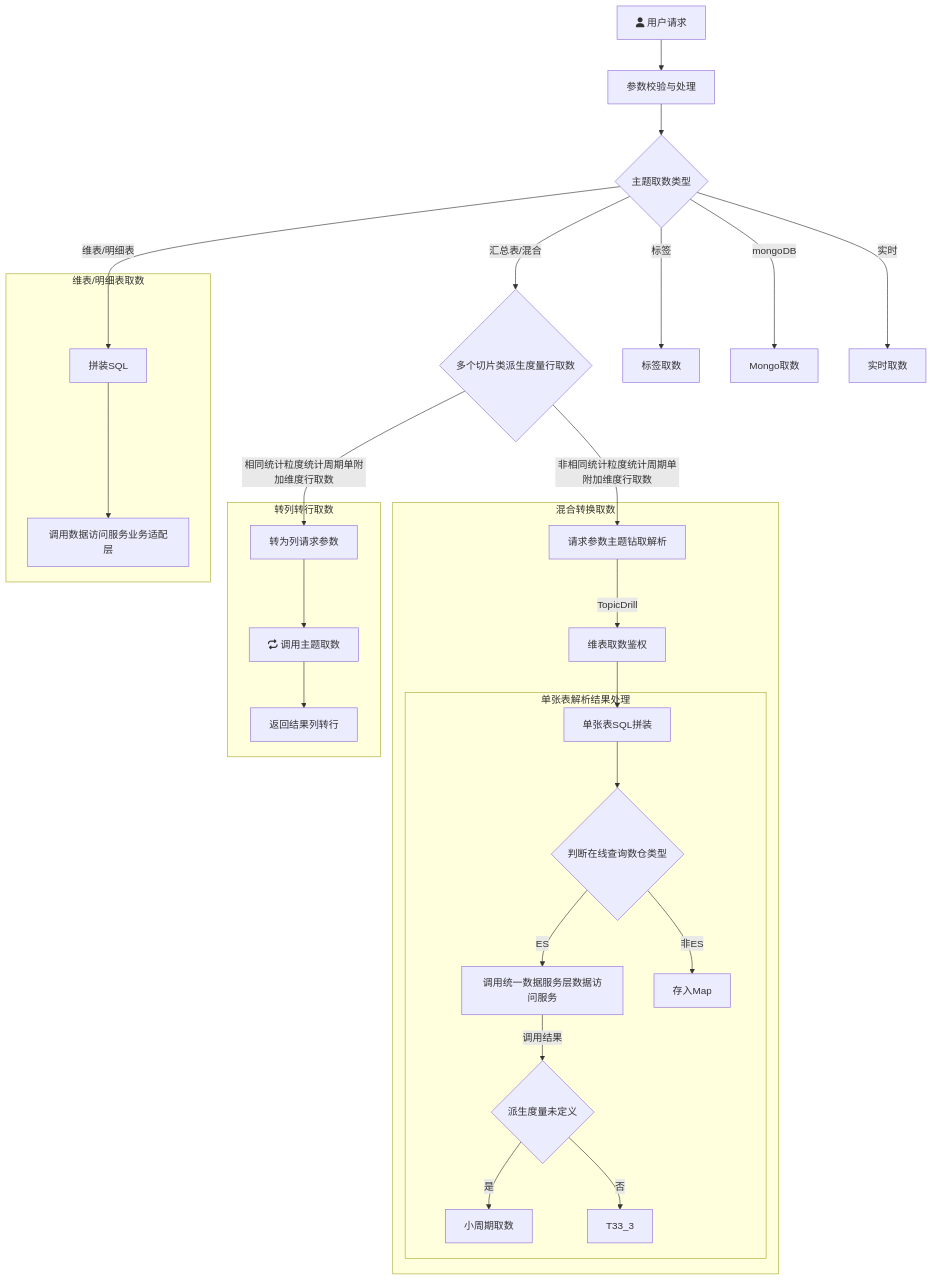
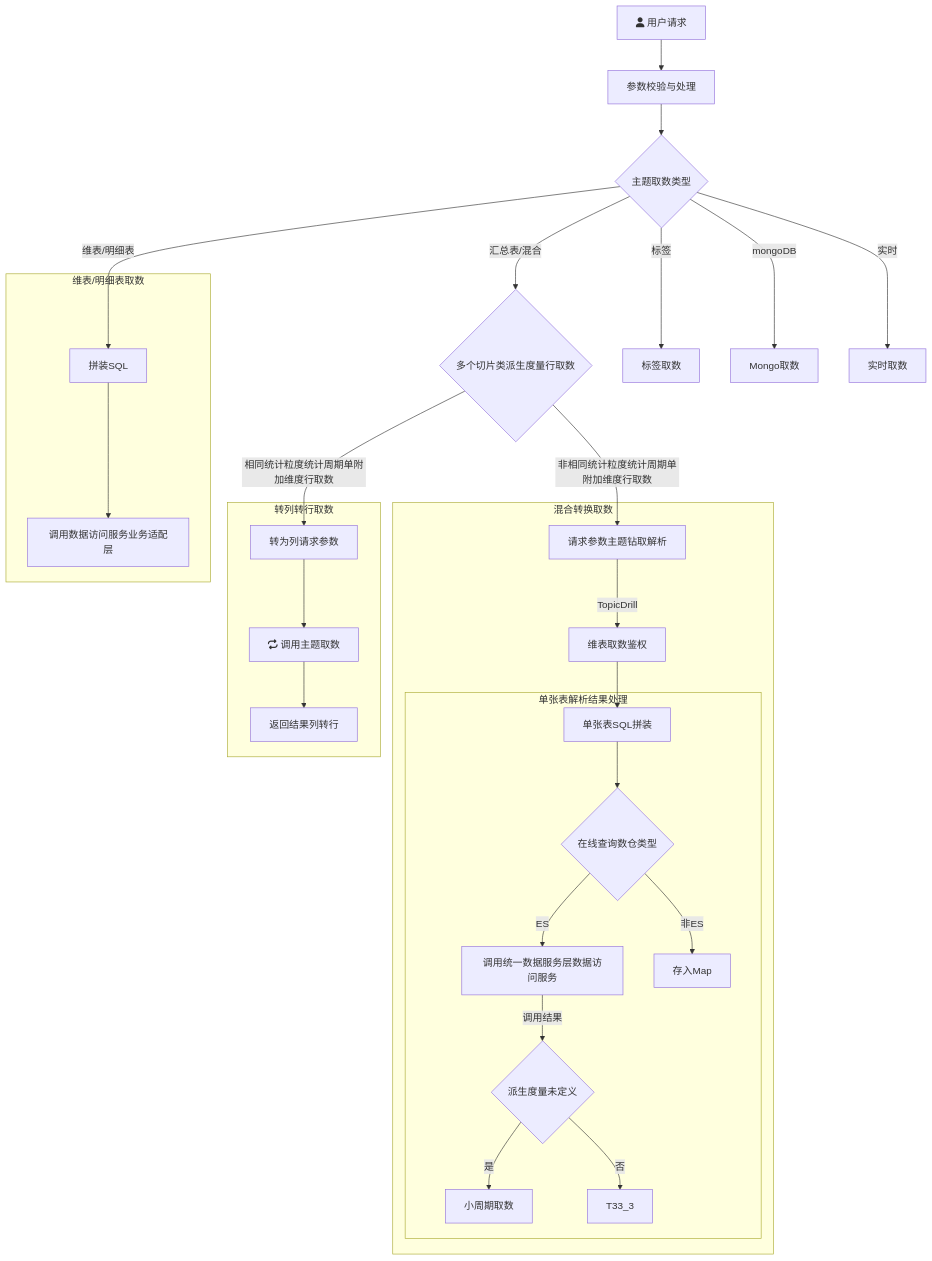
Before and after one commit to yanglosm/iodraw-files: the diagram in all/未命名.md, drawn with Mermaid.

Commit message:
2024-11-29 19:03:52 update

````diff
--- a/all/未命名.md
+++ b/all/未命名.md
@@ -1,26 +1,26 @@
 ```mermaid
 flowchart TD
     A[fa:fa-user 用户请求] -->A1[参数校验与处理] --> B{主题取数类型}
     B -->|维表/明细表| D[拼装SQL]
     B -->|汇总表/混合| E{多个切片类派生度量行取数}
     B -->|标签| F[标签取数]
     B -->|mongoDB| G[Mongo取数]
     B -->|实时| H[实时取数]
     E -->|相同统计粒度统计周期单附加维度行取数| E1[转为列请求参数]
     E -->|非相同统计粒度统计周期单附加维度行取数| T1[请求参数主题钻取解析]
     subgraph 维表/明细表取数
     D-->D1[调用数据访问服务业务适配层]
     end
     subgraph 转列转行取数
     E1-->E11[fa:fa-repeat 调用主题取数]-->E12[返回结果列转行]
     end
     subgraph 混合转换取数
     T1-->|TopicDrill| T2[维表取数鉴权] --> T31[单张表SQL拼装]
         subgraph 单张表解析结果处理
-        T31 --> T4{判断在线查询数仓类型}-->|ES|T32[调用统一数据服务层数据访问服务] --> |调用结果|T33{派生度量未定义}
+        T31 --> T4{在线查询数仓类型}-->|ES|T32[调用统一数据服务层数据访问服务] --> |调用结果|T33{派生度量未定义}
         T33 --> |是|T33_1[小周期取数]
         T33 --> |否|T33_3
         T4 --> |非ES|T41[存入Map]
         end
     end
 ```
````
